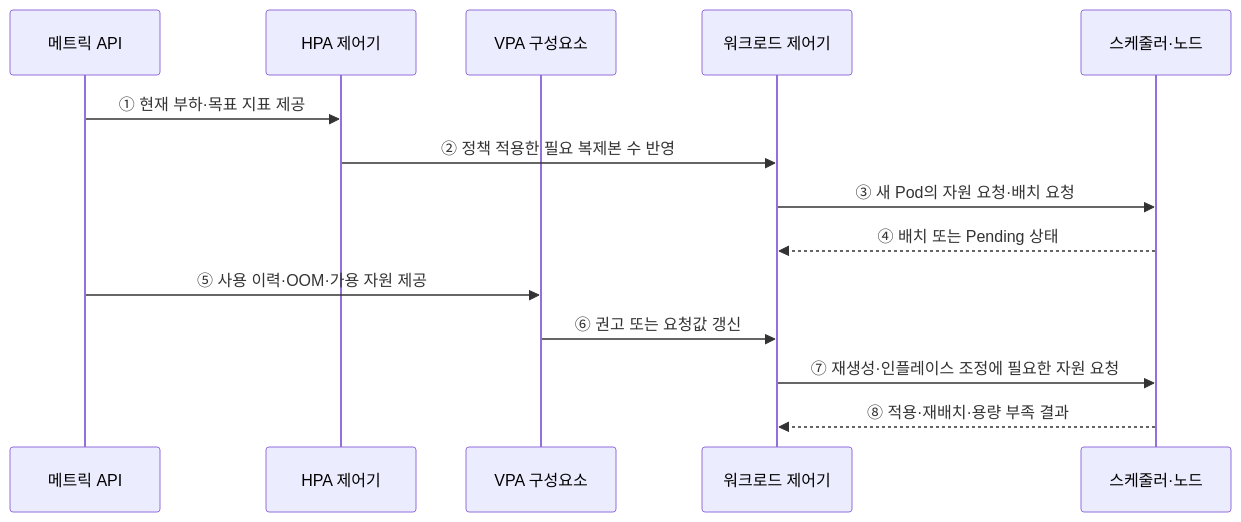
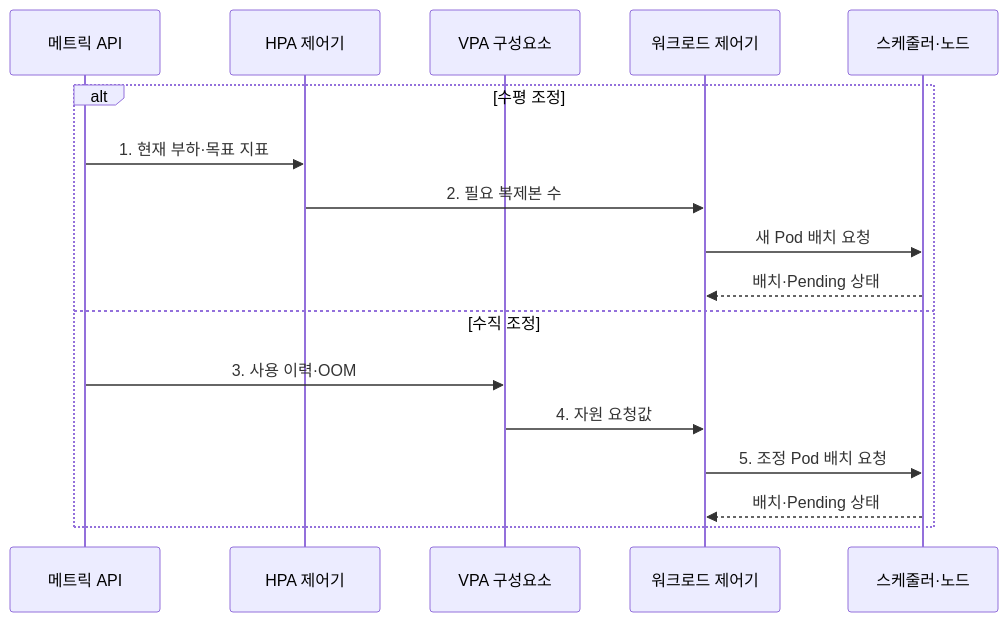
The second of 2 diagrams in src/content/docs/notes/03-software/149_auto_scaling_hpa_vpa.md (agnusdei1207/knowledge-base), drawn with Mermaid before and after one commit. The commit also changed other lines of this file and 20 other files, not shown here.

````diff
--- a/src/content/docs/notes/03-software/149_auto_scaling_hpa_vpa.md
+++ b/src/content/docs/notes/03-software/149_auto_scaling_hpa_vpa.md
@@ -69,16 +82,19 @@
 ```mermaid
 sequenceDiagram
     participant M as 메트릭 API
     participant H as HPA 제어기
     participant V as VPA 구성요소
     participant W as 워크로드 제어기
     participant S as 스케줄러·노드
-    M->>H: ① 현재 부하·목표 지표 제공
-    H->>W: ② 정책 적용한 필요 복제본 수 반영
-    W->>S: ③ 새 Pod의 자원 요청·배치 요청
-    S-->>W: ④ 배치 또는 Pending 상태
-    M->>V: ⑤ 사용 이력·OOM·가용 자원 제공
-    V->>W: ⑥ 권고 또는 요청값 갱신
-    W->>S: ⑦ 재생성·인플레이스 조정에 필요한 자원 요청
-    S-->>W: ⑧ 적용·재배치·용량 부족 결과
+    alt 수평 조정
+        M->>H: 1. 현재 부하·목표 지표
+        H->>W: 2. 필요 복제본 수
+        W->>S: 새 Pod 배치 요청
+        S-->>W: 배치·Pending 상태
+    else 수직 조정
+        M->>V: 3. 사용 이력·OOM
+        V->>W: 4. 자원 요청값
+        W->>S: 5. 조정 Pod 배치 요청
+        S-->>W: 배치·Pending 상태
+    end
 ```
````
